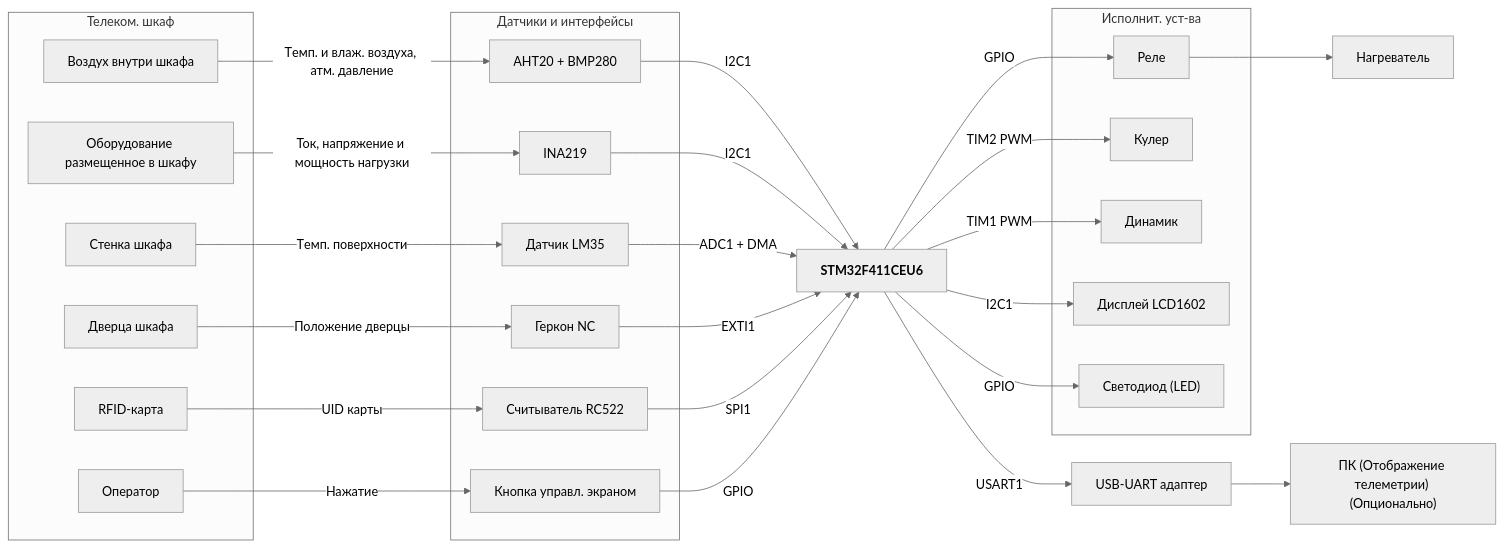
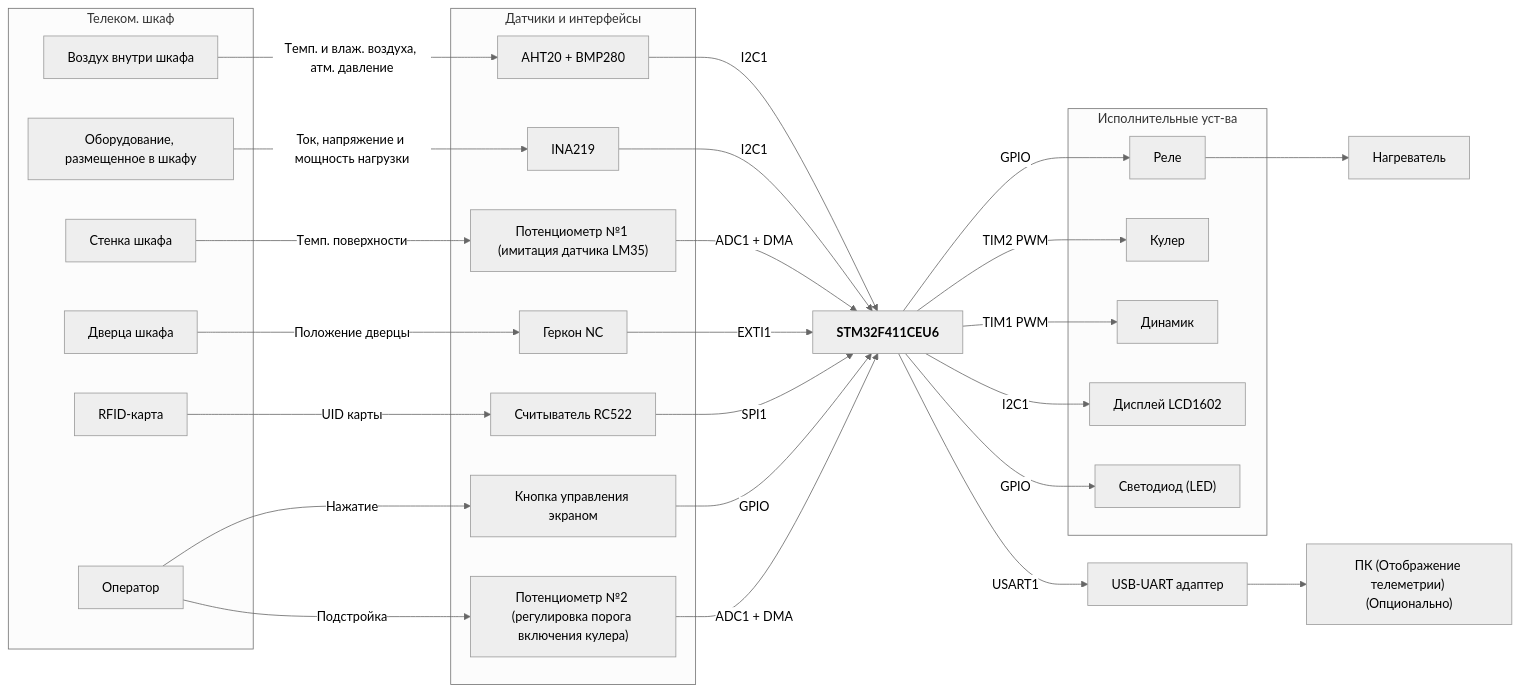
The diagram in README.md (malcevandrew/Outdoor_Telecom_Cabinet), drawn with Mermaid (neutral theme) before and after one commit. The commit also changed other lines of this file, not shown here.

````diff
--- a/README.md
+++ b/README.md
@@ -26,60 +27,63 @@
 ```mermaid
 flowchart LR
     subgraph ENV ["Телеком. шкаф"]
         E1["Воздух внутри шкафа"]
-        E2["Оборудование размещенное в шкафу"]
+        E2["Оборудование, размещенное в шкафу"]
         E3["Стенка шкафа"]
         E5["Дверца шкафа"]
         E6["RFID-карта"]
         E7["Оператор"]
     end
 
     subgraph SENSORS ["Датчики и интерфейсы"]
         S1["AHT20 + BMP280"]
         S2["INA219"]
-        S3["Датчик LM35"]
+        S3["Потенциометр №1 (имитация датчика LM35)"]
         S5["Геркон NC"]
         S6["Считыватель RC522"]
-        S7["Кнопка управл. экраном"]
+        S7["Кнопка управления экраном"]
+        S8["Потенциометр №2 (регулировка порога включения кулера)"]
     end
 
     MCU["<b>STM32F411CEU6</b>"]
 A5["USB-UART адаптер"]
-    subgraph ACTUATORS ["Исполнит. уст-ва"]
+    subgraph ACTUATORS ["Исполнительные уст-ва"]
         
         A2["Реле"]
             
         A1["Кулер"]
         A3["Динамик"]
         A4["Дисплей LCD1602"]
     
         A6["Светодиод (LED)"]
     end
 
 
         L2["Нагреватель"]
         L5["ПК (Отображение телеметрии) (Опционально)"]
    
 
     E1 -->|Tемп. и влаж. воздуха, атм. давление| S1
     E2 -->|Ток, напряжение и мощность нагрузки| S2
     E3 -->|Tемп. поверхности| S3
     E5 -->|Положение дверцы| S5
     E6 -->|UID карты| S6
     E7 -->|Нажатие| S7
+    E7 -->|Подстройка| S8
 
     S1 -->|I2C1| MCU
     S2 -->|I2C1| MCU
     S3 -->|ADC1 + DMA| MCU
 
     S5 -->|EXTI1| MCU
     S6 -->|SPI1| MCU
     S7 -->|GPIO| MCU
+    S8 -->|ADC1 + DMA| MCU
 
     MCU -->|GPIO| A2 --> L2
     MCU -->|USART1| A5 --> L5
     MCU -->|TIM2 PWM| A1
     MCU -->|TIM1 PWM| A3 
     MCU -->|I2C1| A4  
     MCU -->|GPIO| A6
 ```
````
